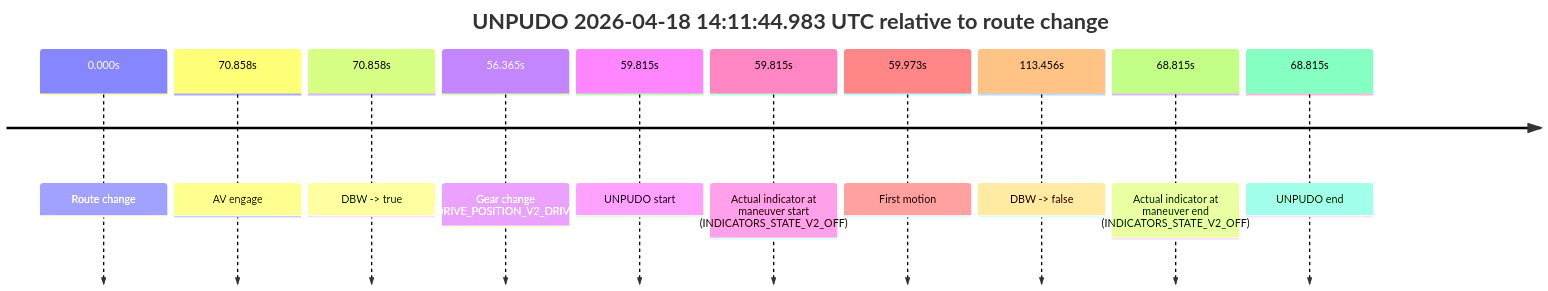
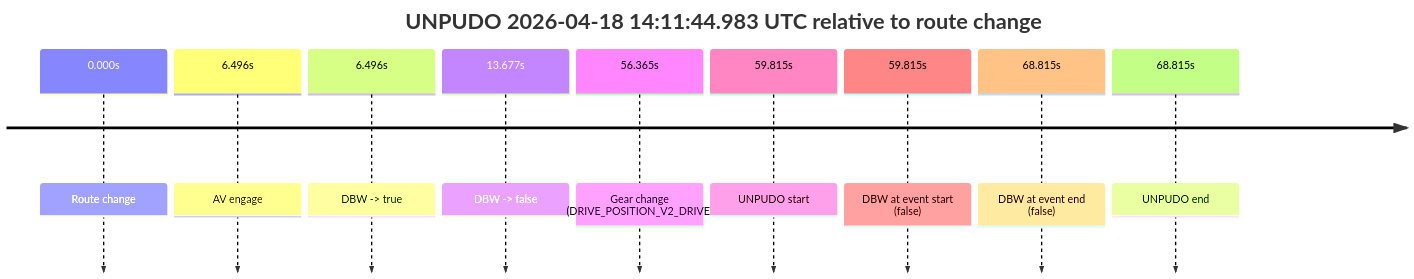
The second of 6 diagrams in model_analysis/report_cards/2026/04/Week-3/fme20009--2026-04-18--14-00-51--gen2-av-fa240476-d7e6-4183-90da-e8414b3bb819.md (yoelshapiro/vault), drawn with Mermaid before and after one commit. The commit also changed other lines of this file and 85 other files, not shown here.

````diff
--- a/model_analysis/report_cards/2026/04/Week-3/fme20009--2026-04-18--14-00-51--gen2-av-fa240476-d7e6-4183-90da-e8414b3bb819.md
+++ b/model_analysis/report_cards/2026/04/Week-3/fme20009--2026-04-18--14-00-51--gen2-av-fa240476-d7e6-4183-90da-e8414b3bb819.md
@@ -121,14 +129,13 @@
 ```mermaid
 timeline
     title UNPUDO 2026-04-18 14:11:44.983 UTC relative to route change
     0.000s : Route change
-    70.858s : AV engage
-    70.858s : DBW -> true
+    6.496s : AV engage
+    6.496s : DBW -> true
+    13.677s : DBW -> false
     56.365s : Gear change (DRIVE_POSITION_V2_DRIVE)
     59.815s : UNPUDO start
-    59.815s : Actual indicator at maneuver start (INDICATORS_STATE_V2_OFF)
-    59.973s : First motion
-    113.456s : DBW -> false
-    68.815s : Actual indicator at maneuver end (INDICATORS_STATE_V2_OFF)
+    59.815s : DBW at event start (false)
+    68.815s : DBW at event end (false)
     68.815s : UNPUDO end
 ```
````
